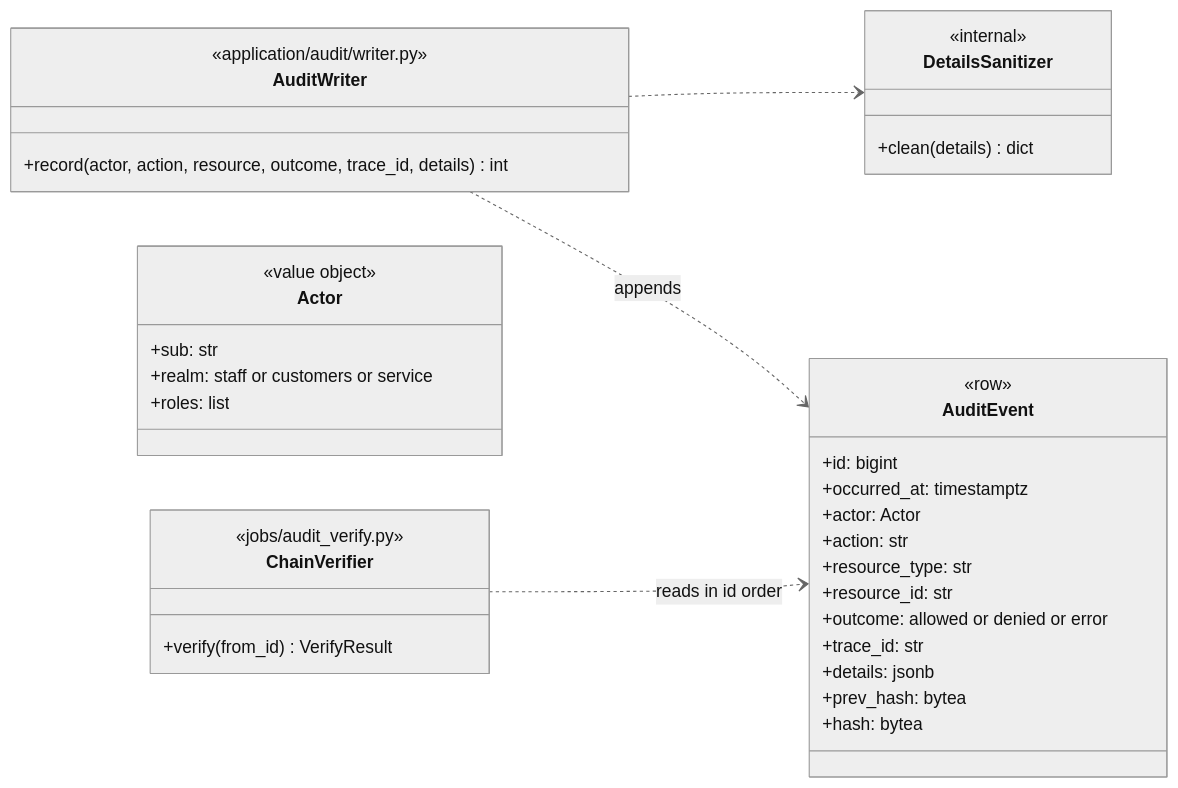
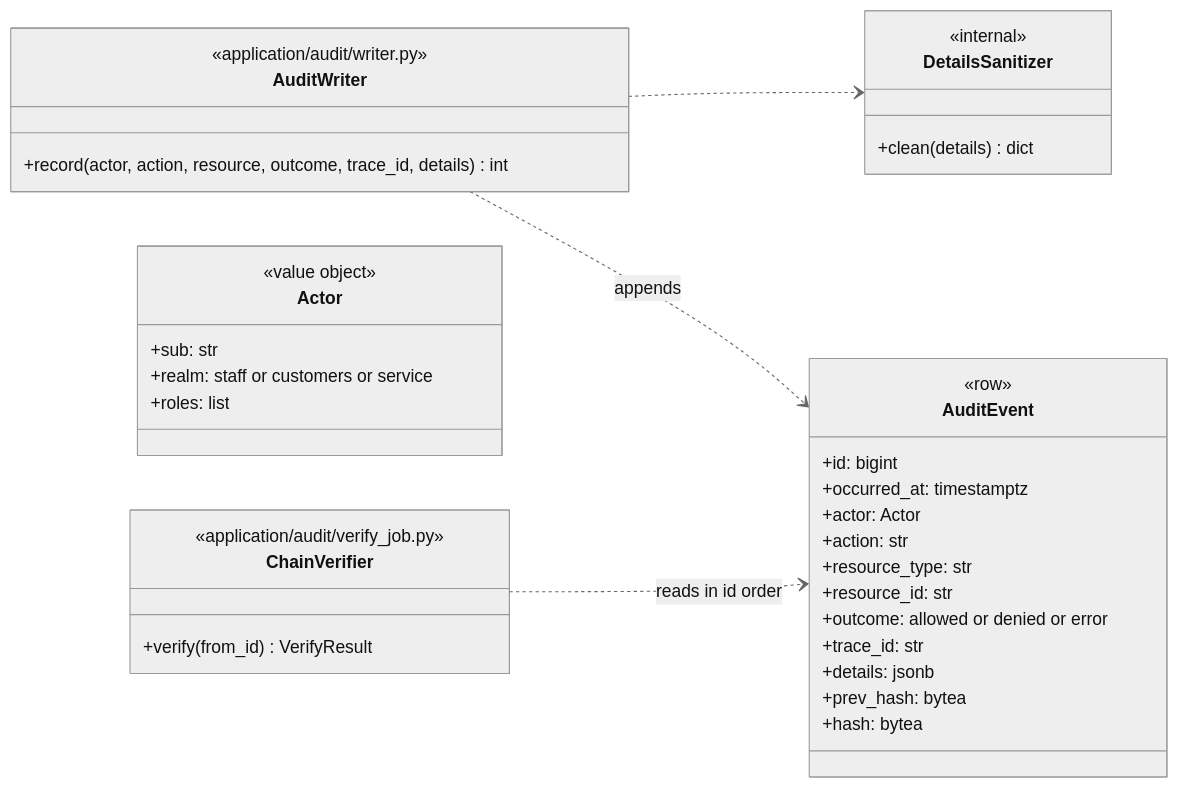
One commit to ngnquanq/credit-risk-ml-system changed the first of 2 diagrams in docs/03-handoff/E13-audit-trail.md. Above: the diagram before and after it, drawn with Mermaid (neutral theme). The commit also changed other lines of this file and 19 other files, not shown here.

````diff
--- a/docs/03-handoff/E13-audit-trail.md
+++ b/docs/03-handoff/E13-audit-trail.md
@@ -54,39 +54,39 @@
 ```mermaid
 classDiagram
     direction LR
     class AuditWriter {
         <<application/audit/writer.py>>
         +record(actor, action, resource, outcome, trace_id, details) int
     }
     class Actor {
         <<value object>>
         +sub: str
         +realm: staff or customers or service
         +roles: list
     }
     class AuditEvent {
         <<row>>
         +id: bigint
         +occurred_at: timestamptz
         +actor: Actor
         +action: str
         +resource_type: str
         +resource_id: str
         +outcome: allowed or denied or error
         +trace_id: str
         +details: jsonb
         +prev_hash: bytea
         +hash: bytea
     }
     class ChainVerifier {
-        <<jobs/audit_verify.py>>
+        <<application/audit/verify_job.py>>
         +verify(from_id) VerifyResult
     }
     class DetailsSanitizer {
         <<internal>>
         +clean(details) dict
     }
     AuditWriter ..> DetailsSanitizer
     AuditWriter ..> AuditEvent : appends
     ChainVerifier ..> AuditEvent : reads in id order
 ```
````
